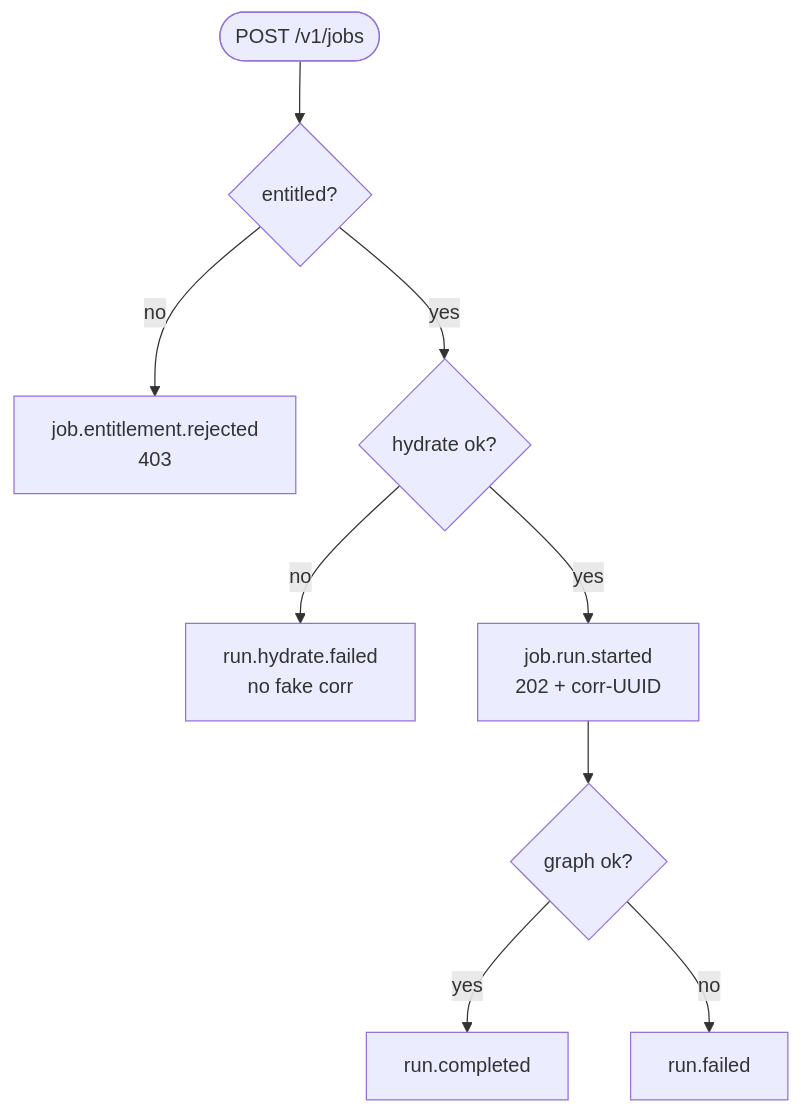
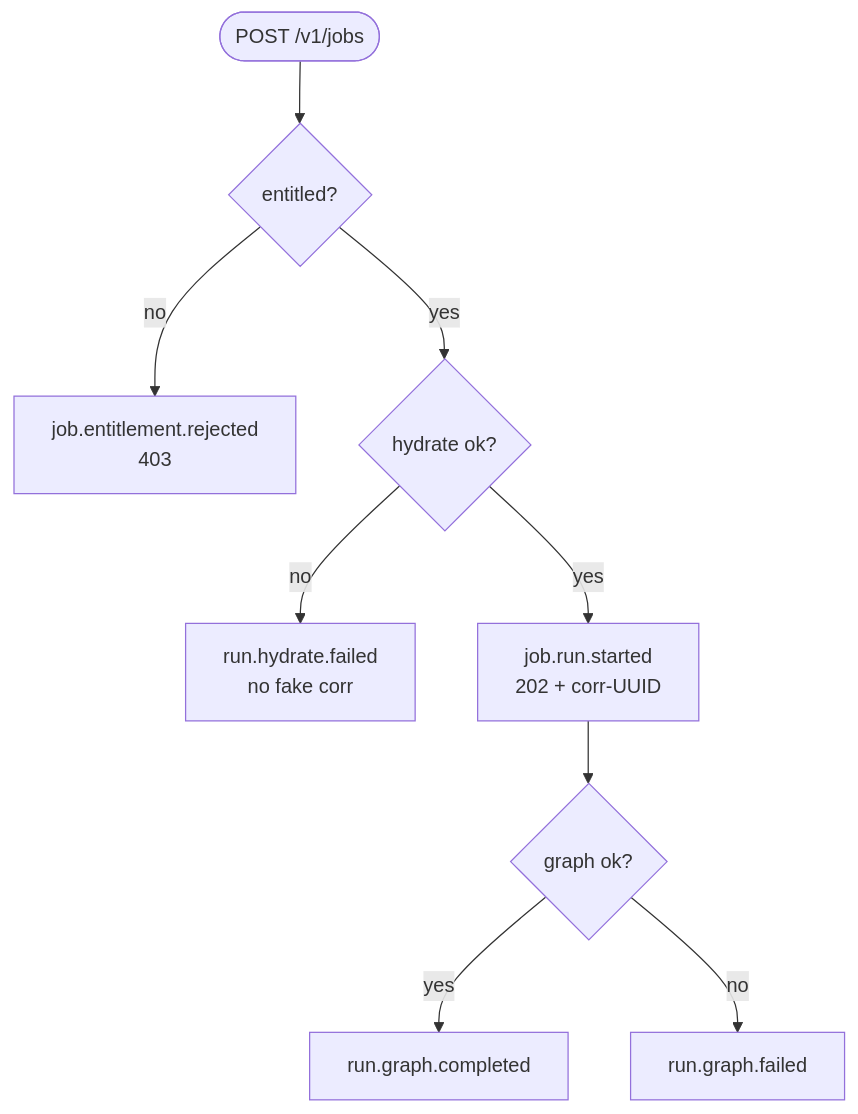
One commit to iamsharmajitender/enterprise-agent-fabric changed the second of 6 diagrams in agent-fabric-docs/02-understand/ids.md. Above: the diagram before and after it, drawn with Mermaid. The commit also changed other lines of this file and 7 other files, not shown here.

````diff
--- a/agent-fabric-docs/02-understand/ids.md
+++ b/agent-fabric-docs/02-understand/ids.md
@@ -154,11 +154,11 @@
 ```mermaid
 flowchart TD
   START([POST /v1/jobs]) --> ENTITLE{entitled?}
   ENTITLE -->|no| REJ[job.entitlement.rejected<br/>403]
   ENTITLE -->|yes| HYDRATE{hydrate ok?}
   HYDRATE -->|no| HF[run.hydrate.failed<br/>no fake corr]
   HYDRATE -->|yes| ACC[job.run.started<br/>202 + corr-UUID]
   ACC --> GRAPH{graph ok?}
-  GRAPH -->|yes| OK[run.completed]
-  GRAPH -->|no| FAIL[run.failed]
+  GRAPH -->|yes| OK[run.graph.completed]
+  GRAPH -->|no| FAIL[run.graph.failed]
 ```
````
